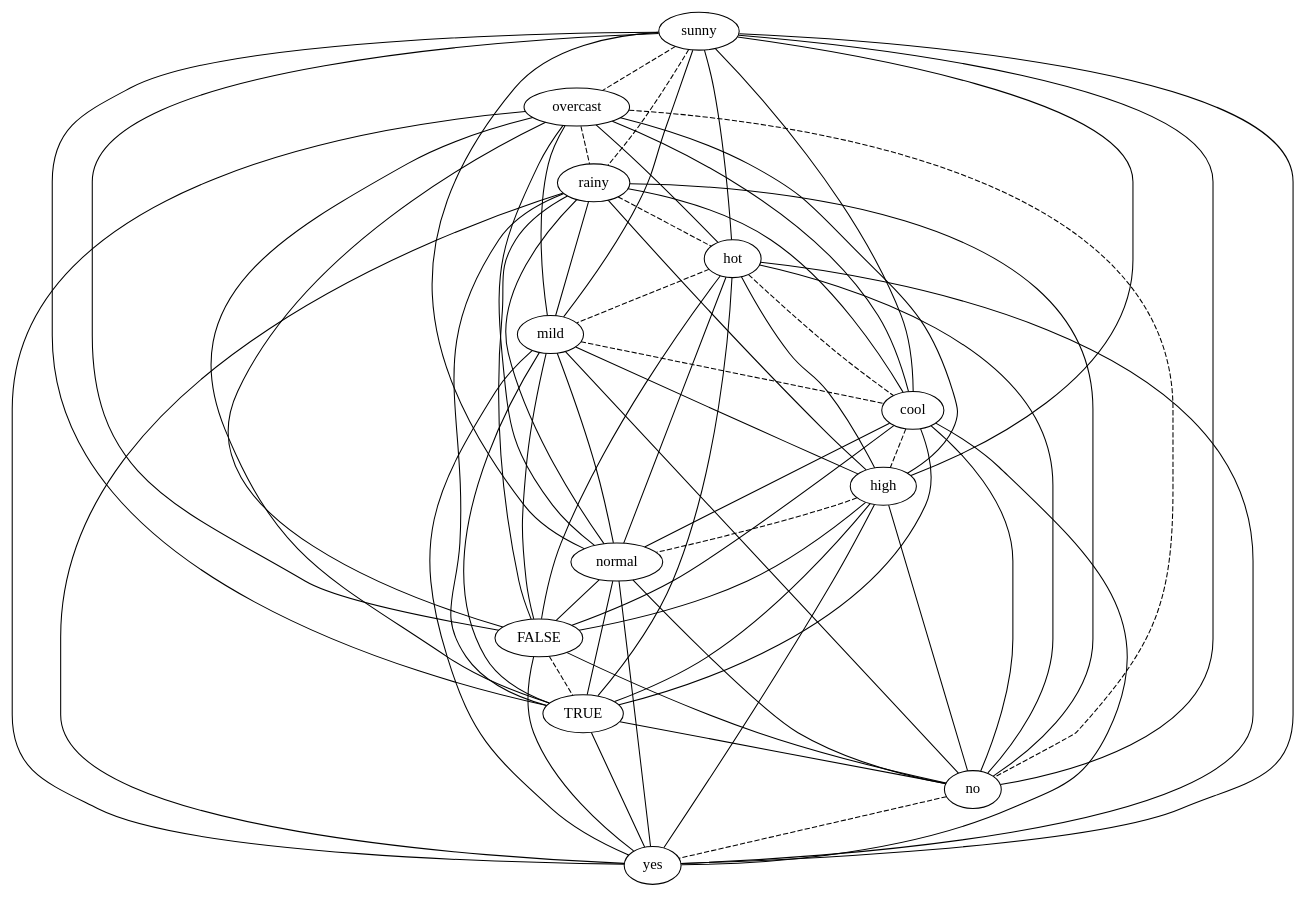
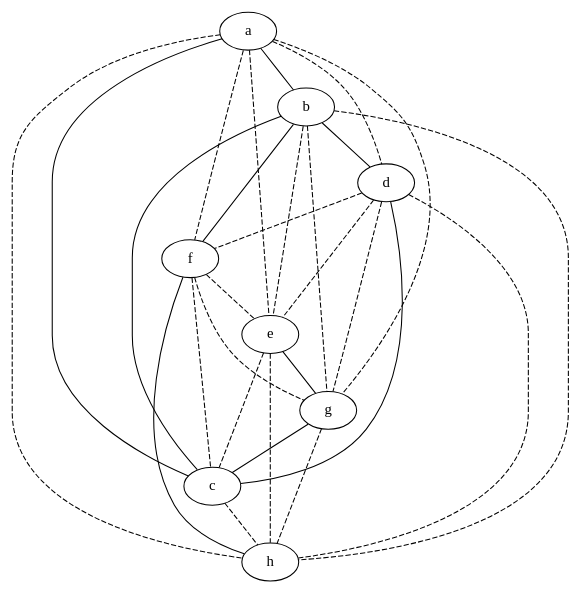
Before and after one commit to lrodrin/TFG: the diagram in src/final/plainGraph.dot, drawn with Graphviz. The commit also changed 7 other files, not shown here.

```diff
--- a/src/final/plainGraph.dot
+++ b/src/final/plainGraph.dot
@@ -1,80 +1,38 @@
 strict graph "" {
-sunny;
-overcast;
-rainy;
-hot;
-mild;
-cool;
-high;
-normal;
-FALSE;
-TRUE;
-no;
-yes;
-sunny -- overcast  [color=black, style=dashed];
-sunny -- rainy  [color=black, style=dashed];
-sunny -- hot  [color=black, style=solid];
-sunny -- mild  [color=black, style=solid];
-sunny -- cool  [color=black, style=solid];
-sunny -- high  [color=black, style=solid];
-sunny -- normal  [color=black, style=solid];
-sunny -- FALSE  [color=black, style=solid];
-sunny -- TRUE  [color=black, style=solid];
-sunny -- no  [color=black, style=solid];
-sunny -- yes  [color=black, style=solid];
-overcast -- rainy  [color=black, style=dashed];
-overcast -- hot  [color=black, style=solid];
-overcast -- mild  [color=black, style=solid];
-overcast -- cool  [color=black, style=solid];
-overcast -- high  [color=black, style=solid];
-overcast -- normal  [color=black, style=solid];
-overcast -- FALSE  [color=black, style=solid];
-overcast -- TRUE  [color=black, style=solid];
-overcast -- no  [color=black, style=dashed];
-overcast -- yes  [color=black, style=solid];
-rainy -- hot  [color=black, style=dashed];
-rainy -- mild  [color=black, style=solid];
-rainy -- cool  [color=black, style=solid];
-rainy -- high  [color=black, style=solid];
-rainy -- normal  [color=black, style=solid];
-rainy -- FALSE  [color=black, style=solid];
-rainy -- TRUE  [color=black, style=solid];
-rainy -- no  [color=black, style=solid];
-rainy -- yes  [color=black, style=solid];
-hot -- mild  [color=black, style=dashed];
-hot -- cool  [color=black, style=dashed];
-hot -- high  [color=black, style=solid];
-hot -- normal  [color=black, style=solid];
-hot -- FALSE  [color=black, style=solid];
-hot -- TRUE  [color=black, style=solid];
-hot -- no  [color=black, style=solid];
-hot -- yes  [color=black, style=solid];
-mild -- cool  [color=black, style=dashed];
-mild -- high  [color=black, style=solid];
-mild -- normal  [color=black, style=solid];
-mild -- FALSE  [color=black, style=solid];
-mild -- TRUE  [color=black, style=solid];
-mild -- no  [color=black, style=solid];
-mild -- yes  [color=black, style=solid];
-cool -- high  [color=black, style=dashed];
-cool -- normal  [color=black, style=solid];
-cool -- FALSE  [color=black, style=solid];
-cool -- TRUE  [color=black, style=solid];
-cool -- no  [color=black, style=solid];
-cool -- yes  [color=black, style=solid];
-high -- normal  [color=black, style=dashed];
-high -- FALSE  [color=black, style=solid];
-high -- TRUE  [color=black, style=solid];
-high -- no  [color=black, style=solid];
-high -- yes  [color=black, style=solid];
-normal -- FALSE  [color=black, style=solid];
-normal -- TRUE  [color=black, style=solid];
-normal -- no  [color=black, style=solid];
-normal -- yes  [color=black, style=solid];
-FALSE -- TRUE  [color=black, style=dashed];
-FALSE -- no  [color=black, style=solid];
-FALSE -- yes  [color=black, style=solid];
-TRUE -- no  [color=black, style=solid];
-TRUE -- yes  [color=black, style=solid];
-no -- yes  [color=black, style=dashed];
+a;
+b;
+d;
+f;
+e;
+g;
+c;
+h;
+a -- b  [color=black, style=solid];
+a -- d  [color=black, style=dashed];
+a -- f  [color=black, style=dashed];
+a -- e  [color=black, style=dashed];
+a -- g  [color=black, style=dashed];
+a -- c  [color=black, style=solid];
+a -- h  [color=black, style=dashed];
+b -- d  [color=black, style=solid];
+b -- f  [color=black, style=solid];
+b -- e  [color=black, style=dashed];
+b -- g  [color=black, style=dashed];
+b -- c  [color=black, style=solid];
+b -- h  [color=black, style=dashed];
+d -- f  [color=black, style=dashed];
+d -- e  [color=black, style=dashed];
+d -- g  [color=black, style=dashed];
+d -- c  [color=black, style=solid];
+d -- h  [color=black, style=dashed];
+f -- e  [color=black, style=dashed];
+f -- g  [color=black, style=dashed];
+f -- c  [color=black, style=dashed];
+f -- h  [color=black, style=solid];
+e -- g  [color=black, style=solid];
+e -- c  [color=black, style=dashed];
+e -- h  [color=black, style=dashed];
+g -- c  [color=black, style=solid];
+g -- h  [color=black, style=dashed];
+c -- h  [color=black, style=dashed];
 }
```
